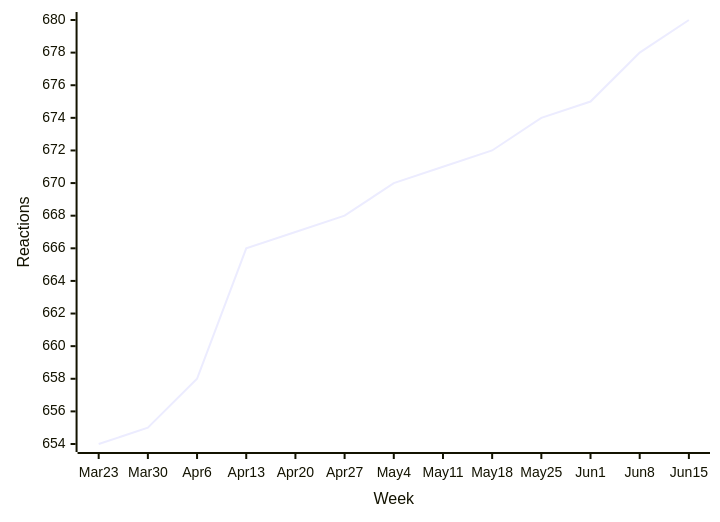
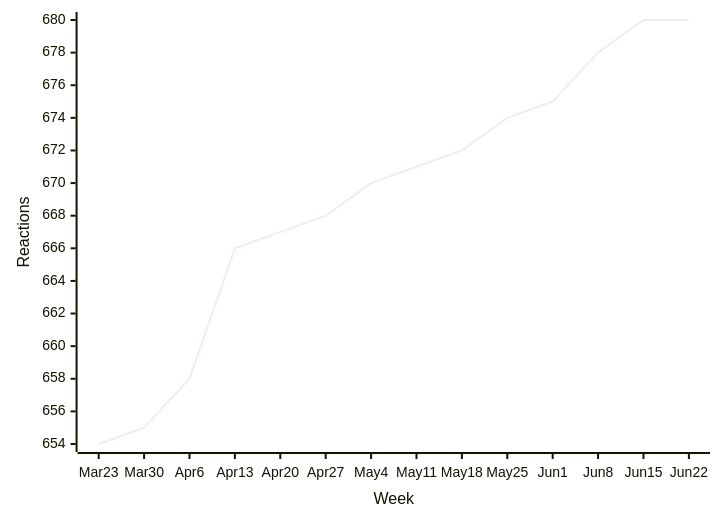
Before and after one commit to loic-sharma/github-insights: the fifth of 50 diagrams in README.md, drawn with Mermaid. The commit also changed other lines of this file and 3 other files, not shown here.

````diff
--- a/README.md
+++ b/README.md
@@ -407,6 +407,6 @@
   ```mermaid
   xychart-beta
-    x-axis "Week" [Mar 23, Mar 30, Apr 6, Apr 13, Apr 20, Apr 27, May 4, May 11, May 18, May 25, Jun 1, Jun 8, Jun 15]
+    x-axis "Week" [Mar 23, Mar 30, Apr 6, Apr 13, Apr 20, Apr 27, May 4, May 11, May 18, May 25, Jun 1, Jun 8, Jun 15, Jun 22]
     y-axis "Reactions"
-    line [654, 655, 658, 666, 667, 668, 670, 671, 672, 674, 675, 678, 680]
+    line [654, 655, 658, 666, 667, 668, 670, 671, 672, 674, 675, 678, 680, 680]
   ```
````
